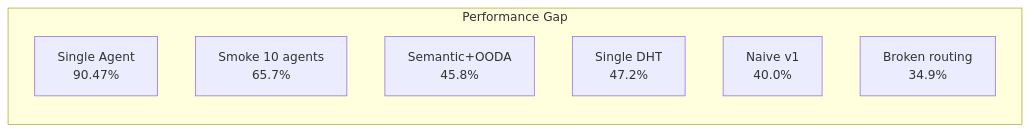
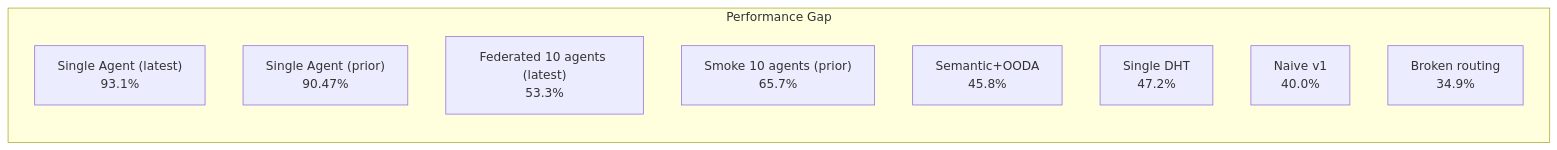
Before and after one commit to rysweet/amplihack: the ninth of 9 diagrams in docs/hive_mind_presentation.md, drawn with Mermaid. The commit also changed other lines of this file and 1 other file, not shown here.

````diff
--- a/docs/hive_mind_presentation.md
+++ b/docs/hive_mind_presentation.md
@@ -504,12 +510,14 @@
 ```mermaid
 graph LR
     subgraph "Performance Gap"
         direction TB
-        S["Single Agent<br/>90.47%"]
-        SM["Smoke 10 agents<br/>65.7%"]
+        S["Single Agent (latest)<br/>93.1%"]
+        SP["Single Agent (prior)<br/>90.47%"]
+        SM["Federated 10 agents (latest)<br/>53.3%"]
+        SMP["Smoke 10 agents (prior)<br/>65.7%"]
         SO["Semantic+OODA<br/>45.8%"]
         SD["Single DHT<br/>47.2%"]
         FN["Naive v1<br/>40.0%"]
         FB["Broken routing<br/>34.9%"]
     end
 ```
````
